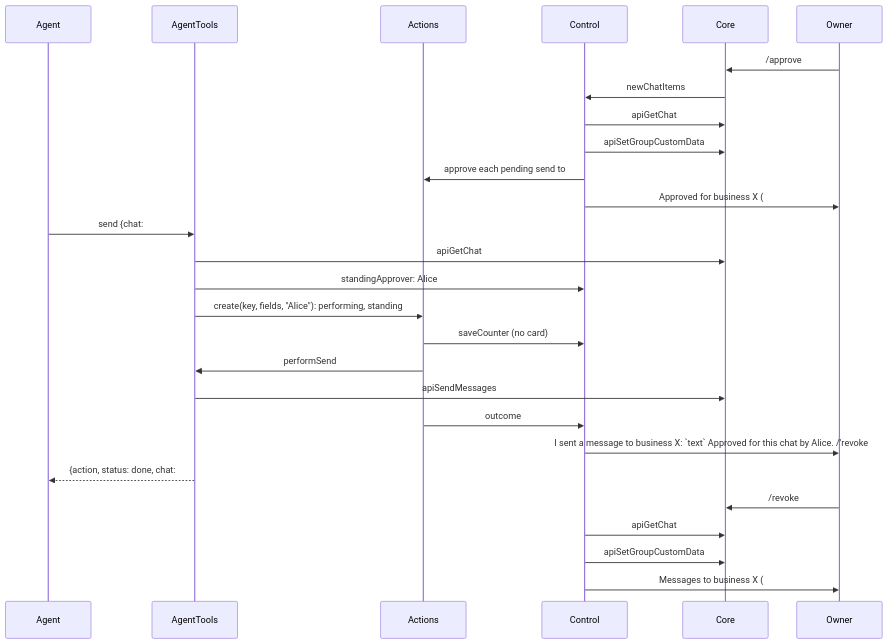
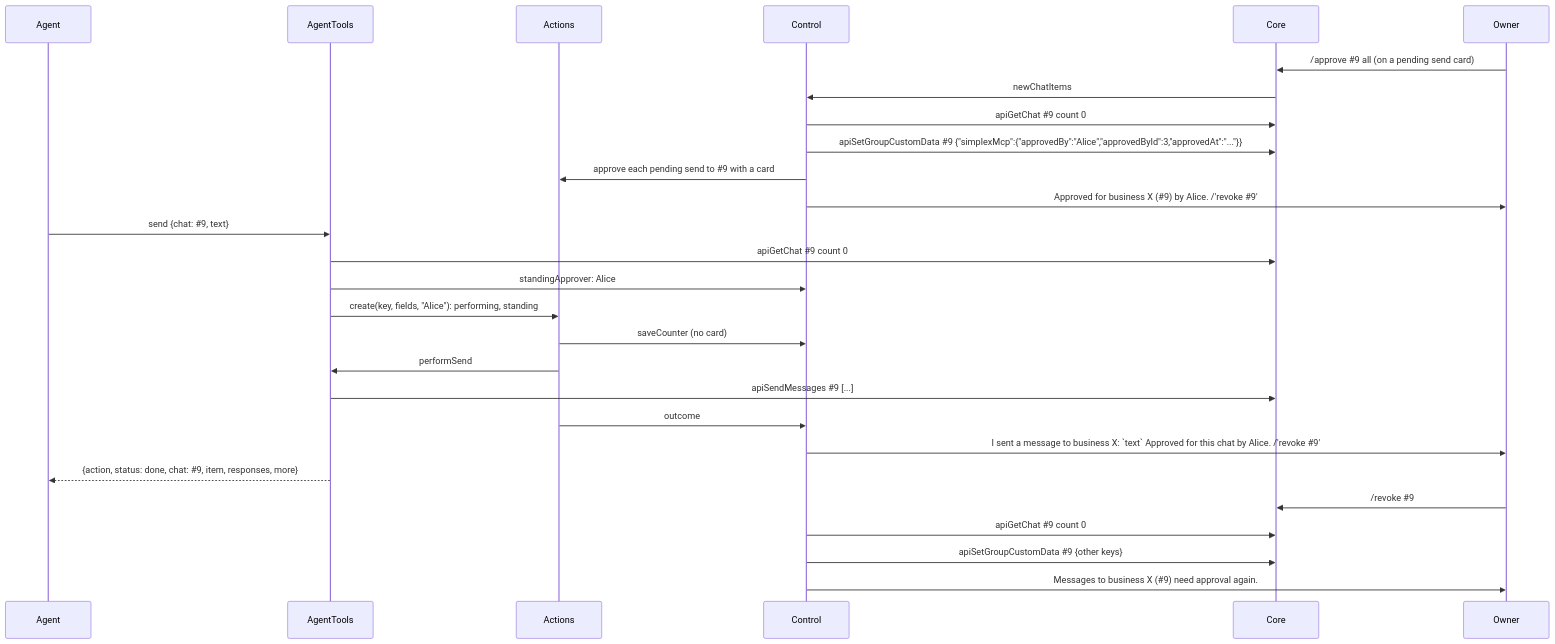
One commit to simplex-chat/simplex-chat changed the sixth of 30 diagrams in packages/simplex-chat-mcp/spec/flows.md. Above: the diagram before and after it, drawn with Mermaid. The commit also changed other lines of this file and 1 other file, not shown here.

First line of the commit message:
mcp: spec diagrams render whole on GitHub

````diff
--- a/packages/simplex-chat-mcp/spec/flows.md
+++ b/packages/simplex-chat-mcp/spec/flows.md
@@ -307,29 +307,29 @@
 ```mermaid
 sequenceDiagram
   participant A as Agent
   participant T as AgentTools
   participant X as Actions
   participant K as Control
   participant C as Core
   participant O as Owner
-  O->>C: /approve #9 all (on a pending send card)
+  O->>C: /approve #35;9 all (on a pending send card)
   C->>K: newChatItems
-  K->>C: apiGetChat #9 count 0
-  K->>C: apiSetGroupCustomData #9 {"simplexMcp":{"approvedBy":"Alice","approvedById":3,"approvedAt":"..."}}
-  K->>X: approve each pending send to #9 with a card
-  K->>O: Approved for business X (#9) by Alice. /'revoke #9'
-  A->>T: send {chat: #9, text}
-  T->>C: apiGetChat #9 count 0
+  K->>C: apiGetChat #35;9 count 0
+  K->>C: apiSetGroupCustomData #35;9 {"simplexMcp":{"approvedBy":"Alice","approvedById":3,"approvedAt":"..."}}
+  K->>X: approve each pending send to #35;9 with a card
+  K->>O: Approved for business X (#35;9) by Alice. /'revoke #35;9'
+  A->>T: send {chat: #35;9, text}
+  T->>C: apiGetChat #35;9 count 0
   T->>K: standingApprover: Alice
   T->>X: create(key, fields, "Alice"): performing, standing
   X->>K: saveCounter (no card)
   X->>T: performSend
-  T->>C: apiSendMessages #9 [...]
+  T->>C: apiSendMessages #35;9 [...]
   X->>K: outcome
-  K->>O: I sent a message to business X: `text` Approved for this chat by Alice. /'revoke #9'
-  T-->>A: {action, status: done, chat: #9, item, responses, more}
-  O->>C: /revoke #9
-  K->>C: apiGetChat #9 count 0
-  K->>C: apiSetGroupCustomData #9 {other keys}
-  K->>O: Messages to business X (#9) need approval again.
+  K->>O: I sent a message to business X: `text` Approved for this chat by Alice. /'revoke #35;9'
+  T-->>A: {action, status: done, chat: #35;9, item, responses, more}
+  O->>C: /revoke #35;9
+  K->>C: apiGetChat #35;9 count 0
+  K->>C: apiSetGroupCustomData #35;9 {other keys}
+  K->>O: Messages to business X (#35;9) need approval again.
 ```
````
